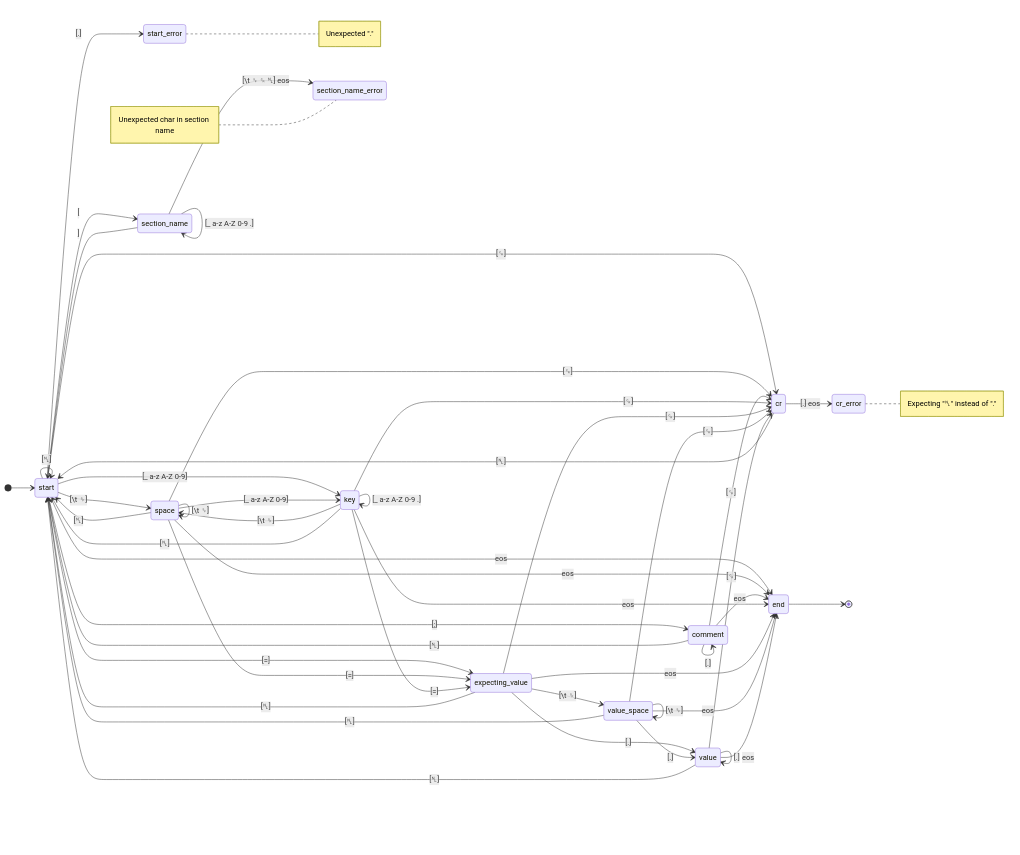
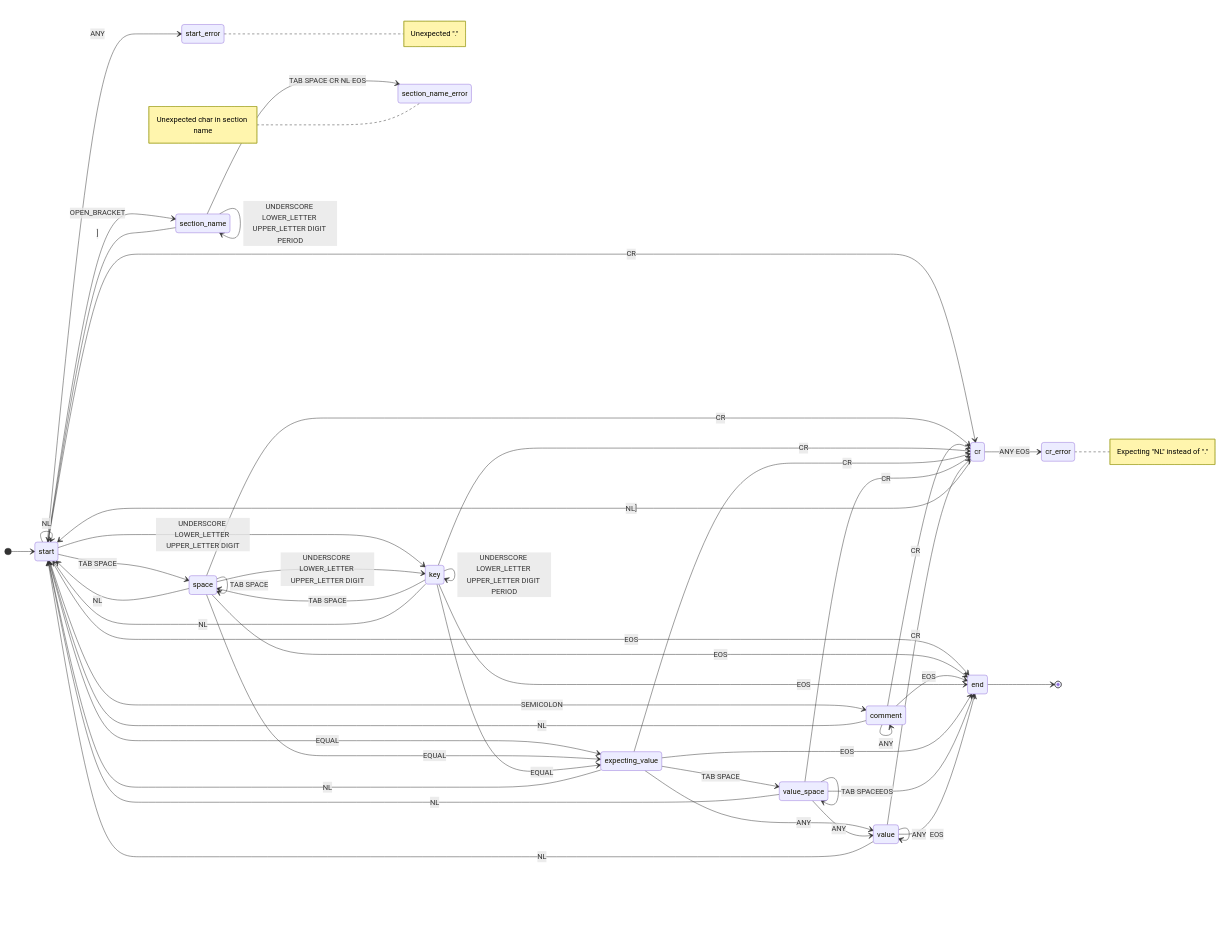
Before and after one commit to reconstruir/bes: the diagram in lib/bes/config/ini/mmd/ini.mmd, drawn with Mermaid. The commit also changed 4 other files, not shown here.

```diff
--- a/lib/bes/config/ini/mmd/ini.mmd
+++ b/lib/bes/config/ini/mmd/ini.mmd
@@ -1,79 +1,86 @@
 stateDiagram-v2
   direction LR
-  
+
+  %%LEXER_TOKEN comment
+  %%LEXER_TOKEN done
+  %%LEXER_TOKEN space
+  %%LEXER_TOKEN string
+  %%LEXER_TOKEN section_begin
+  %%LEXER_TOKEN section_end
+  %%LEXER_TOKEN line_break
+
   %% start state
   [*] --> start
-  start --> end: eos
-  start --> comment: [#0059;]
-  start --> space: [\t ␠]
-  start --> cr: [␍]
-  start --> start: [␤]
-  start --> section_name: [
-  start --> key: [_ a-z A-Z 0-9]
-  start --> expecting_value: [=]
-  start --> start_error: [.]
+  start --> end: EOS
+  start --> comment: SEMICOLON
+  start --> space: TAB SPACE
+  start --> cr: CR
+  start --> start: NL
+  start --> section_name: OPEN_BRACKET
+  start --> key: UNDERSCORE LOWER_LETTER UPPER_LETTER DIGIT
+  start --> expecting_value: EQUAL
+  start --> start_error: ANY
   note right of start_error
     Unexpected "."
   end note
   
   %% space state
-  space --> space: [\t ␠]
-  space --> end: eos
-  space --> cr: [␍]
-  space --> start: [␤]
-  space --> key: [_ a-z A-Z 0-9]
-  space --> expecting_value: [=]
-  
+  space --> space: TAB SPACE
+  space --> end: EOS
+  space --> cr: CR
+  space --> start: NL
+  space --> key: UNDERSCORE LOWER_LETTER UPPER_LETTER DIGIT
+  space --> expecting_value: EQUAL
   
   %% cr state
-  cr --> start: [␤] 
-  cr --> cr_error: [.] eos
+  cr --> start: NL]
+  cr --> cr_error: ANY EOS
   note right of cr_error
-    Expecting "␤" instead of "."
+    Expecting "NL" instead of "."
   end note
 
   %% comment state
-  comment --> comment: [.]
-  comment --> cr: [␍]
-  comment --> start: [␤]
-  comment --> end: eos
+  comment --> comment: ANY
+  comment --> cr: CR
+  comment --> start: NL
+  comment --> end: EOS
   
   %% section_name state
-  section_name --> section_name: [_ a-z A-Z 0-9 \.]
+  section_name --> section_name: UNDERSCORE LOWER_LETTER UPPER_LETTER DIGIT PERIOD
   section_name --> start: ]
-  section_name --> section_name_error: [\t ␠ ␍ ␤] eos
+  section_name --> section_name_error: TAB SPACE CR NL EOS
   note left of section_name_error
     Unexpected char in section name
   end note
   
   %% key state
-  key --> key: [_ a-z A-Z 0-9 \.]
-  key --> space: [\t ␠]
-  key --> cr: [␍]
-  key --> start: [␤]
-  key --> expecting_value: [=]
-  key --> end: eos
+  key --> key: UNDERSCORE LOWER_LETTER UPPER_LETTER DIGIT PERIOD
+  key --> space: TAB SPACE
+  key --> cr: CR
+  key --> start: NL
+  key --> expecting_value: EQUAL
+  key --> end: EOS
   
   %% expecting_value state
-  expecting_value --> value_space: [\t ␠]
-  expecting_value --> cr: [␍]
-  expecting_value --> start: [␤]
-  expecting_value --> end: eos
-  expecting_value --> value: [.]
+  expecting_value --> value_space: TAB SPACE
+  expecting_value --> cr: CR
+  expecting_value --> start: NL
+  expecting_value --> end: EOS
+  expecting_value --> value: ANY
 
   %% value_space state
-  value_space --> value_space: [\t ␠]
-  value_space --> cr: [␍]
-  value_space --> start: [␤]
-  value_space --> end: eos
-  value_space --> value: [.]
+  value_space --> value_space: TAB SPACE
+  value_space --> cr: CR
+  value_space --> start: NL
+  value_space --> end: EOS
+  value_space --> value: ANY
   
   %% value state
-  value --> value: [.]
-%%  value --> space: [\t ␠]
-  value --> cr: [␍]
-  value --> start: [␤]
-  value --> end: eos
+  value --> value: ANY
+%%  value --> space: TAB SPACE
+  value --> cr: CR
+  value --> start: NL
+  value --> end: EOS
 
   %% end state
   end --> [*]
```
